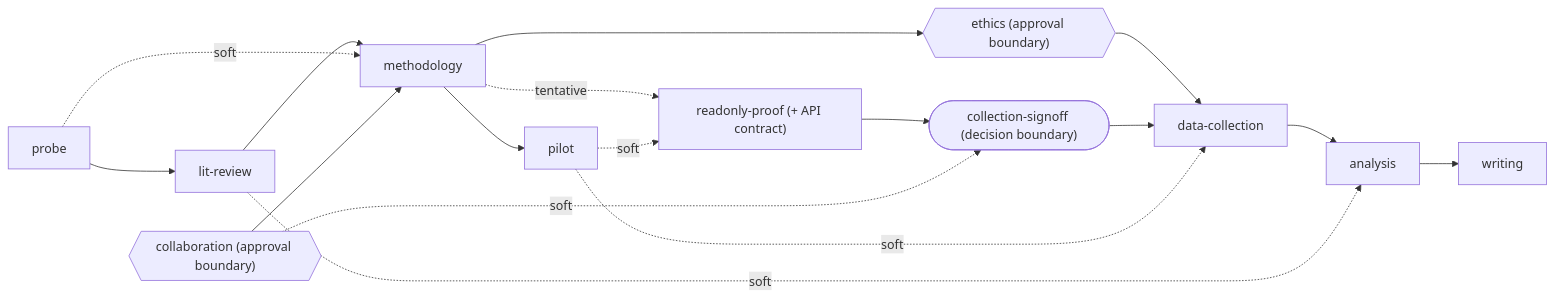
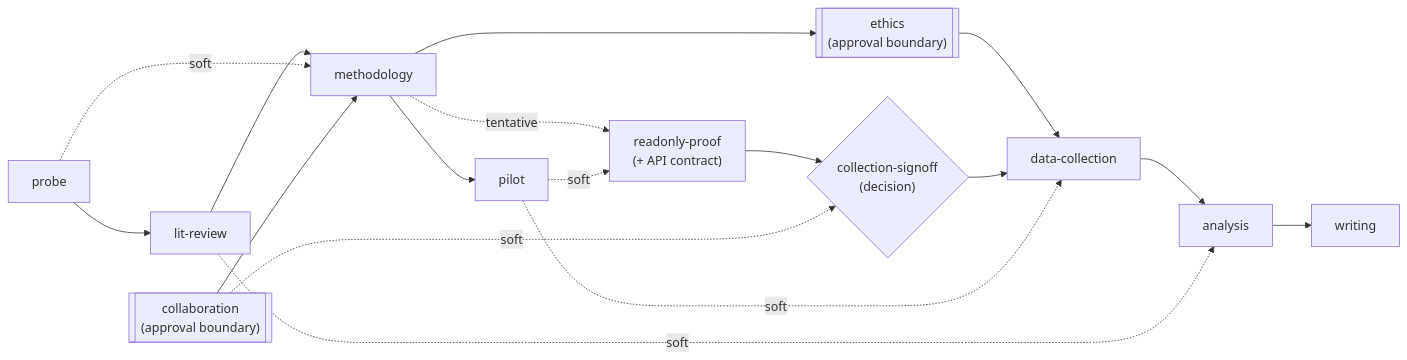
Before and after one commit to nicsuzor/academicOps: the diagram in specs/workflows/research-decomposition.md, drawn with Mermaid.

Commit message:
style(specs): refine research-decomposition Mermaid flowchart routing and boundary shapes

````diff
--- a/specs/workflows/research-decomposition.md
+++ b/specs/workflows/research-decomposition.md
@@ -75,19 +75,19 @@
 ```mermaid
 flowchart LR
     probe["probe"] --> litreview["lit-review"]
     litreview --> methodology["methodology"]
+    probe -.soft.-> methodology
+    collaboration[["collaboration<br/>(approval boundary)"]] --> methodology
+    methodology --> ethics[["ethics<br/>(approval boundary)"]]
     methodology --> pilot["pilot"]
-    methodology --> ethics{{"ethics (approval boundary)"}}
-    methodology -.tentative.-> readonlyproof["readonly-proof (+ API contract)"]
+    methodology -.tentative.-> readonlyproof["readonly-proof<br/>(+ API contract)"]
     pilot -.soft.-> readonlyproof
-    readonlyproof --> signoff(["collection-signoff (decision boundary)"])
+    readonlyproof --> signoff{"collection-signoff<br/>(decision)"}
+    collaboration -.soft.-> signoff
     ethics --> datacollection["data-collection"]
     signoff --> datacollection
     pilot -.soft.-> datacollection
     datacollection --> analysis["analysis"]
+    litreview -.soft.-> analysis
     analysis --> writing["writing"]
-    probe -.soft.-> methodology
-    litreview -.soft.-> analysis
-    collaboration{{"collaboration (approval boundary)"}} --> methodology
-    collaboration -.soft.-> signoff
 ```
````
